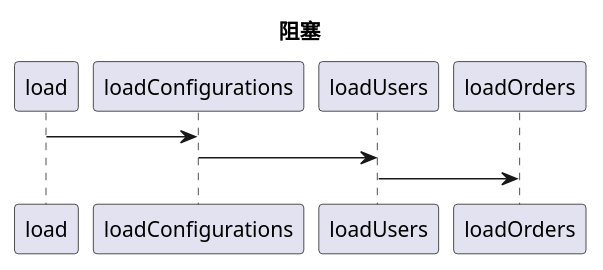
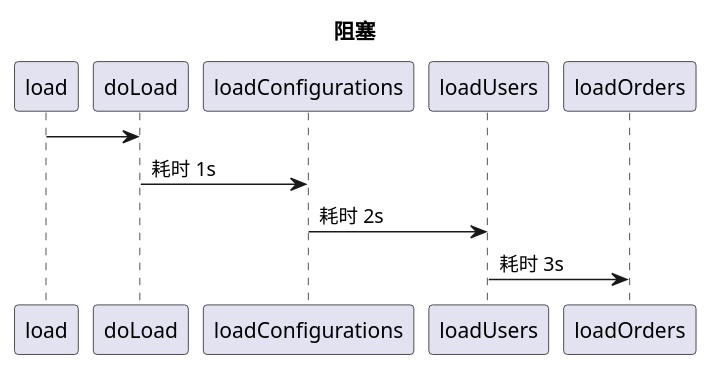
One commit to gouyan123/xiaomage-space changed the diagram in VIP课/microservices/lesson-5/README.md. Above: the diagram before and after it, drawn with PlantUML. The commit also changed other lines of this file and 1 other file, not shown here.

````diff
--- a/VIP课/microservices/lesson-5/README.md
+++ b/VIP课/microservices/lesson-5/README.md
@@ -14,6 +18,7 @@
 ```puml
 title 阻塞
-load -> loadConfigurations
-loadConfigurations -> loadUsers
-loadUsers -> loadOrders
+load -> doLoad
+doLoad -> loadConfigurations : 耗时 1s
+loadConfigurations -> loadUsers : 耗时 2s
+loadUsers -> loadOrders : 耗时 3s
 ```
````
